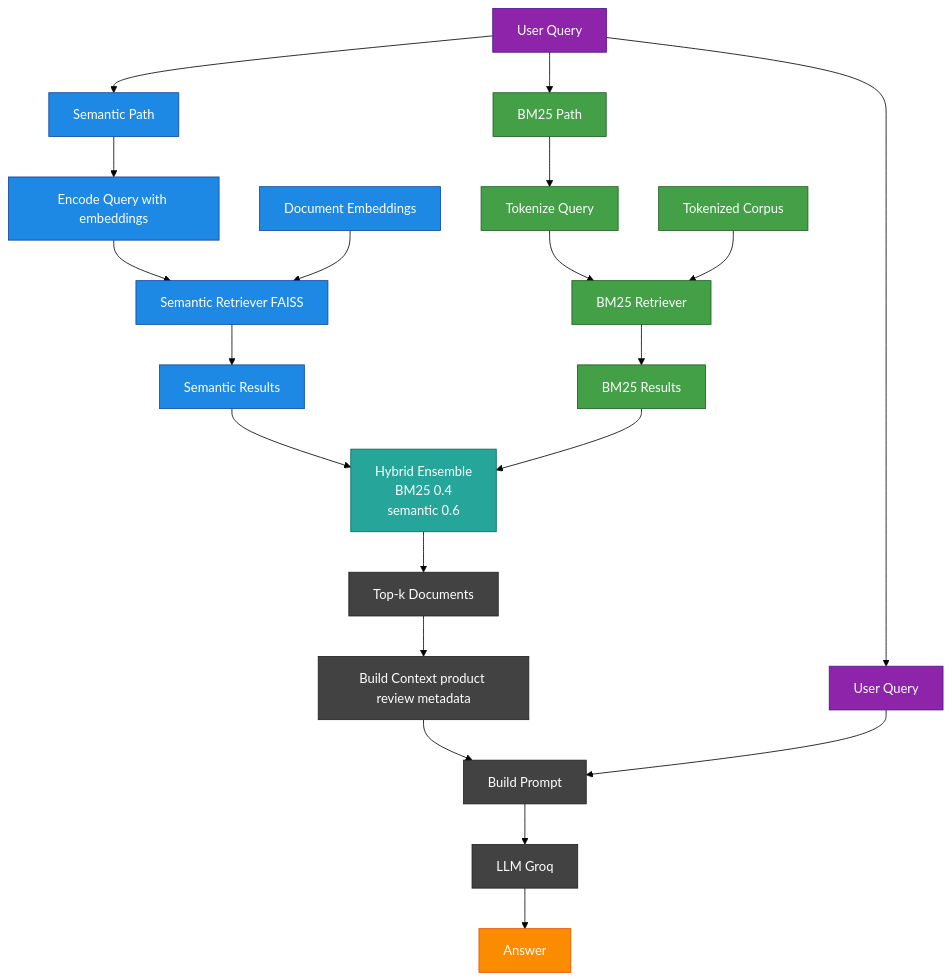
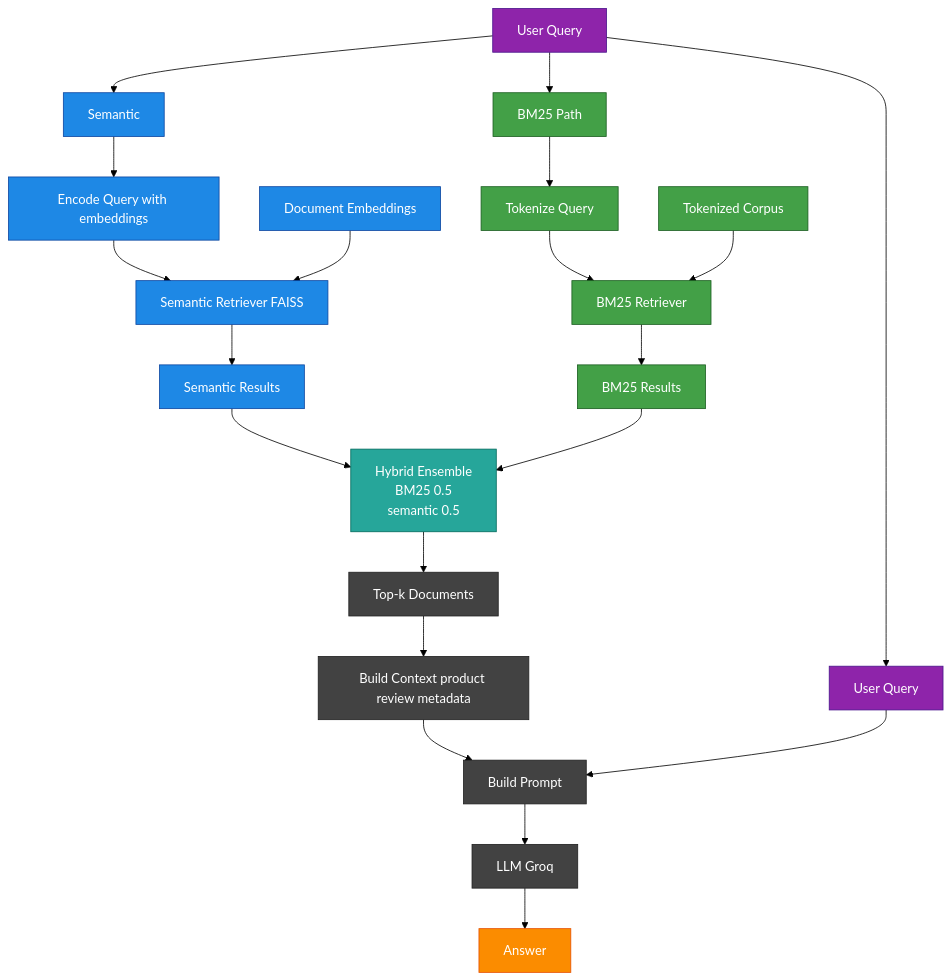
One commit to UBC-MDS-2025-26/DSCI_575_project_saunde95_sashasph changed the diagram in README.md. Above: the diagram before and after it, drawn with Mermaid (forest theme). The commit also changed other lines of this file, not shown here.

````diff
--- a/README.md
+++ b/README.md
@@ -219,43 +258,43 @@
 ```mermaid
 flowchart TD
 
-    A[User Query] --> B1[Semantic Path]
+    A[User Query] --> B1[Semantic]
     A --> B2[BM25 Path]
 
     B1 --> C1[Encode Query with embeddings]
     C1 --> D1[Semantic Retriever FAISS]
     KB1[Document Embeddings] --> D1
     D1 --> E1[Semantic Results]
 
     B2 --> C2[Tokenize Query]
     C2 --> D2[BM25 Retriever]
     KB2[Tokenized Corpus] --> D2
     D2 --> E2[BM25 Results]
 
-    E1 --> F["Hybrid Ensemble<br>BM25 0.4<br>semantic 0.6"]
+    E1 --> F["Hybrid Ensemble<br>BM25 0.5<br>semantic 0.5"]
     E2 --> F
 
     F --> G[Top-k Documents]
     G --> H[Build Context product review metadata]
 
     A --> I[User Query]
     H --> J[Build Prompt]
     I --> J
 
     J --> K[LLM Groq]
     K --> L[Answer]
 
     classDef semantic fill:#1E88E5,stroke:#0D47A1,color:#fff;
     classDef bm25 fill:#43A047,stroke:#1B5E20,color:#fff;
     classDef hybrid fill:#26A69A,stroke:#00695C,color:#fff;
     classDef shared fill:#424242,stroke:#212121,color:#fff;
     classDef output fill:#FB8C00,stroke:#E65100,color:#fff;
     classDef query fill:#8E24AA,stroke:#4A148C,color:#fff;
 
     class B1,C1,D1,KB1,E1 semantic;
     class B2,C2,D2,KB2,E2 bm25;
     class F hybrid;
     class G,H,J,K shared;
     class L output;
     class A,I query;
 ```
````
